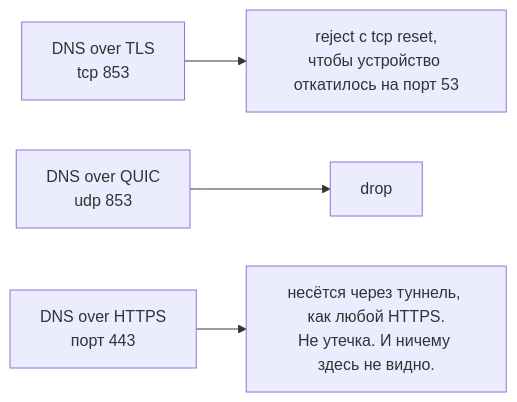
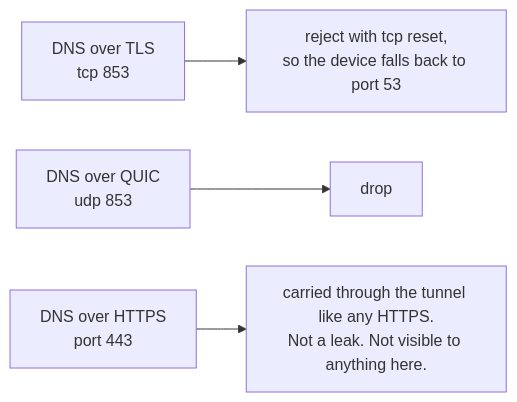
Before and after one commit to Iman/caspian: the eighth of 8 diagrams in docs/wiki/Architecture.ru.md, drawn with Mermaid. The commit also changed other lines of this file and 149 other files, not shown here.

````diff
--- a/docs/wiki/Architecture.ru.md
+++ b/docs/wiki/Architecture.ru.md
@@ -337,6 +337,6 @@
 ```mermaid
 flowchart LR
-    DOT["DNS over TLS<br/>tcp 853"] --> REJ["reject с tcp reset,<br/>чтобы устройство откатилось на порт 53"]
+    DOT["DNS over TLS<br/>tcp 853"] --> REJ["reject with tcp reset,<br/>so the device falls back to port 53"]
     DOQ["DNS over QUIC<br/>udp 853"] --> DRP["drop"]
-    DOH["DNS over HTTPS<br/>порт 443"] --> CAR["несётся через туннель, как любой HTTPS.<br/>Не утечка. И ничему здесь не видно."]
+    DOH["DNS over HTTPS<br/>port 443"] --> CAR["carried through the tunnel like any HTTPS.<br/>Not a leak. Not visible to anything here."]
 ```
````
